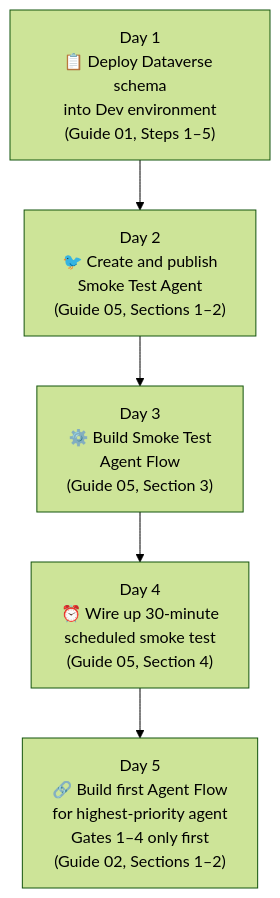
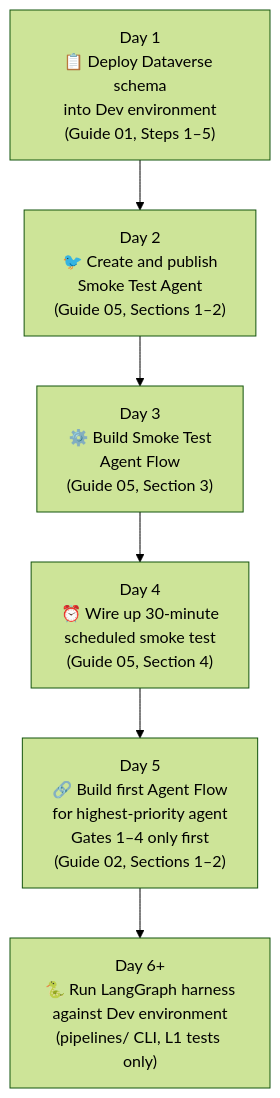
Diagram 28 of 28 in ReadME.md (enewbold-devops/M365-CoPilot-Agents-Test-Framework), drawn with Mermaid (forest theme) before and after one commit. The commit also changed other lines of this file and 27 other files, not shown here.

````diff
--- a/ReadME.md
+++ b/ReadME.md
@@ -1006,10 +1314,11 @@
 ```mermaid
 graph TD
     DAY1["Day 1<br/>📋 Deploy Dataverse schema<br/>into Dev environment<br/>(Guide 01, Steps 1–5)"]
     DAY2["Day 2<br/>🐦 Create and publish<br/>Smoke Test Agent<br/>(Guide 05, Sections 1–2)"]
     DAY3["Day 3<br/>⚙️ Build Smoke Test<br/>Agent Flow<br/>(Guide 05, Section 3)"]
     DAY4["Day 4<br/>⏰ Wire up 30-minute<br/>scheduled smoke test<br/>(Guide 05, Section 4)"]
     DAY5["Day 5<br/>🔗 Build first Agent Flow<br/>for highest-priority agent<br/>Gates 1–4 only first<br/>(Guide 02, Sections 1–2)"]
+    DAY6["Day 6+<br/>🐍 Run LangGraph harness<br/>against Dev environment<br/>(pipelines/ CLI, L1 tests only)"]
 
-    DAY1 --> DAY2 --> DAY3 --> DAY4 --> DAY5
+    DAY1 --> DAY2 --> DAY3 --> DAY4 --> DAY5 --> DAY6
 ```
````
